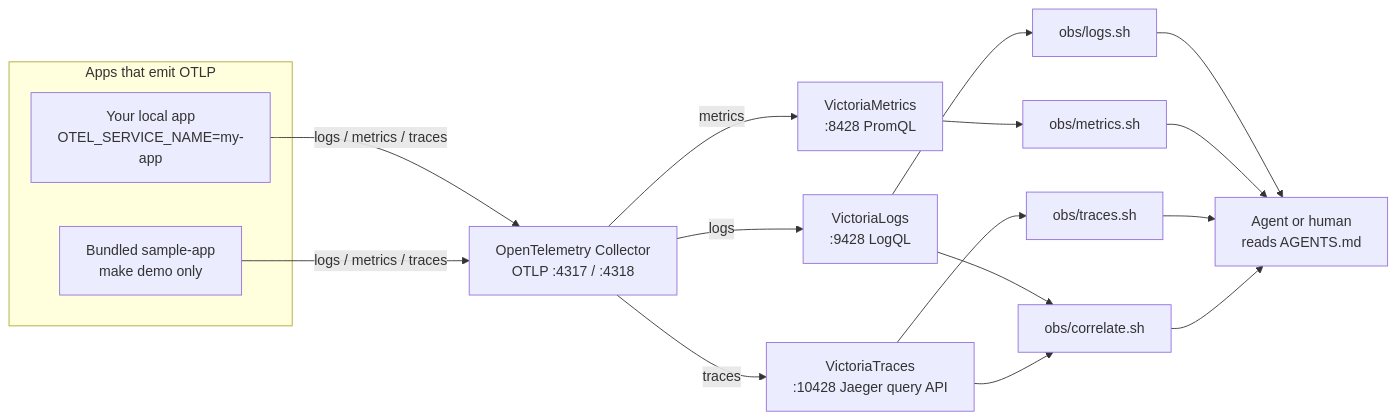
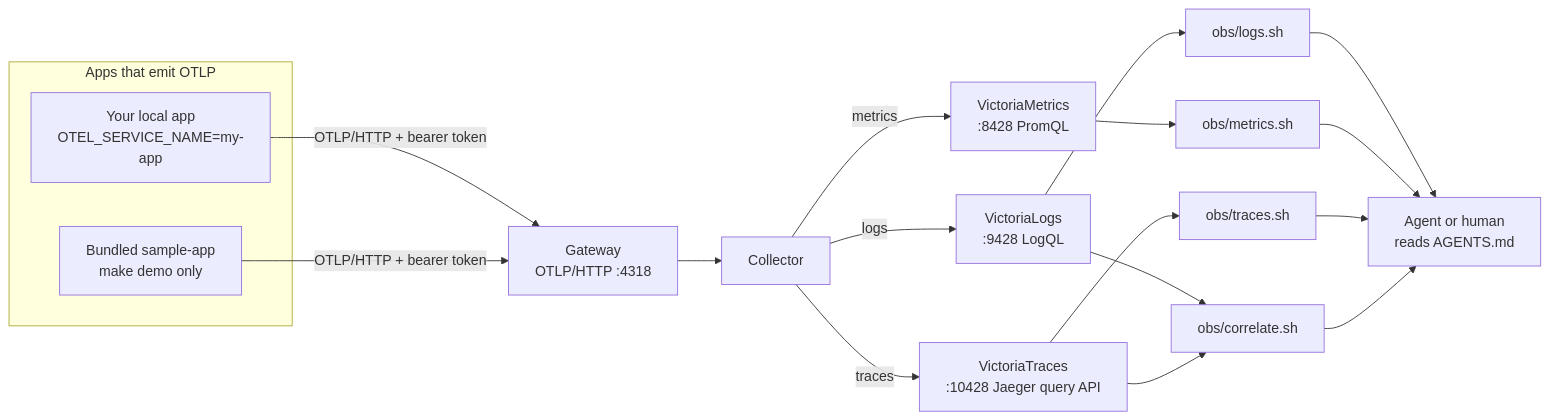
The first of 4 diagrams in README.md (gkrtjd99/AgentOTelStack), drawn with Mermaid before and after one commit. The commit also changed other lines of this file and 97 other files, not shown here.

````diff
--- a/README.md
+++ b/README.md
@@ -25,27 +31,28 @@
 ```mermaid
 flowchart LR
   subgraph Apps["Apps that emit OTLP"]
     Own["Your local app<br/>OTEL_SERVICE_NAME=my-app"]
     Demo["Bundled sample-app<br/>make demo only"]
   end
 
-  Collector["OpenTelemetry Collector<br/>OTLP :4317 / :4318"]
+  Gateway["Gateway<br/>OTLP/HTTP :4318"]
 
-  Own -->|"logs / metrics / traces"| Collector
-  Demo -->|"logs / metrics / traces"| Collector
+  Own -->|"OTLP/HTTP + bearer token"| Gateway
+  Demo -->|"OTLP/HTTP + bearer token"| Gateway
+  Gateway --> Collector
 
   Collector -->|"logs"| Logs["VictoriaLogs<br/>:9428 LogQL"]
   Collector -->|"metrics"| Metrics["VictoriaMetrics<br/>:8428 PromQL"]
   Collector -->|"traces"| Traces["VictoriaTraces<br/>:10428 Jaeger query API"]
 
   Logs --> LogTool["obs/logs.sh"]
   Metrics --> MetricTool["obs/metrics.sh"]
   Traces --> TraceTool["obs/traces.sh"]
   Logs --> Correlate["obs/correlate.sh"]
   Traces --> Correlate
 
   LogTool --> Reader["Agent or human<br/>reads AGENTS.md"]
   MetricTool --> Reader
   TraceTool --> Reader
   Correlate --> Reader
 ```
````
